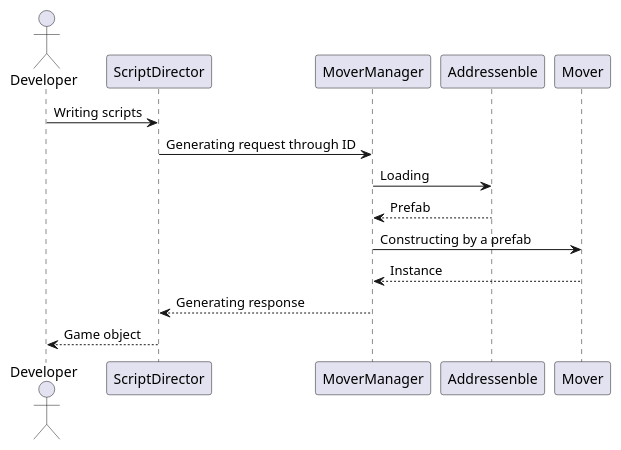
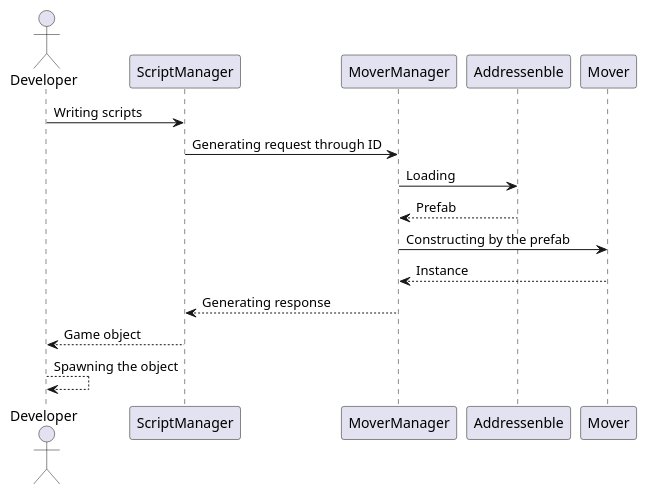
Before and after one commit to Wandao123/shmup_like_touhou: the first of 2 diagrams in docs/generating_object.pu, drawn with PlantUML. The commit also changed other lines of this file and 4 other files, not shown here.

```diff
--- a/docs/generating_object.pu
+++ b/docs/generating_object.pu
@@ -1,16 +1,17 @@
 @startuml GeneratingObject
 actor Developer
-participant ScriptDirector
+participant ScriptManager
 participant MoverManager
 participant Addressenble
 participant Mover
 
-Developer -> ScriptDirector : Writing scripts
-ScriptDirector -> MoverManager : Generating request through ID
+Developer -> ScriptManager : Writing scripts
+ScriptManager -> MoverManager : Generating request through ID
 MoverManager -> Addressenble : Loading
 Addressenble --> MoverManager : Prefab
-MoverManager -> Mover : Constructing by a prefab
+MoverManager -> Mover : Constructing by the prefab
 Mover --> MoverManager : Instance
-MoverManager --> ScriptDirector : Generating response
-ScriptDirector --> Developer : Game object
+MoverManager --> ScriptManager : Generating response
+ScriptManager --> Developer : Game object
+Developer --> Developer : Spawning the object
 @enduml
```
